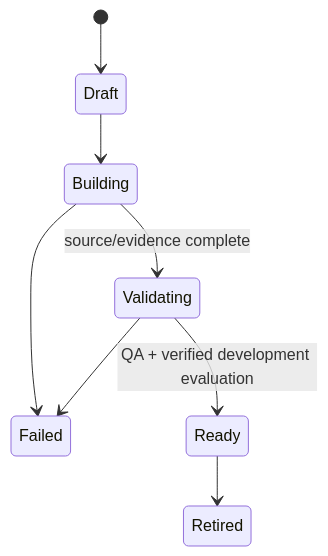
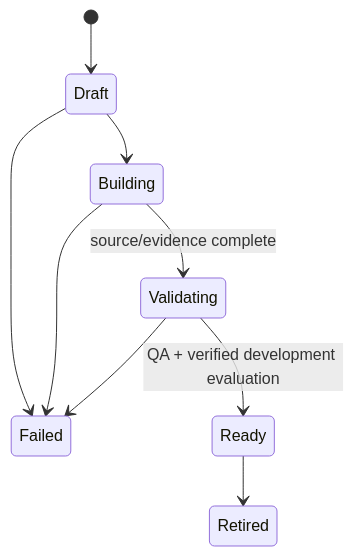
Before and after one commit to adeelyj/librechat-railway-config: the second of 2 diagrams in docs/bauer-rag-v3-architecture.md, drawn with Mermaid. The commit also changed 4 other files, not shown here.

````diff
--- a/docs/bauer-rag-v3-architecture.md
+++ b/docs/bauer-rag-v3-architecture.md
@@ -129,10 +129,11 @@
 ```mermaid
 stateDiagram-v2
     [*] --> Draft
     Draft --> Building
+    Draft --> Failed
     Building --> Validating: source/evidence complete
     Building --> Failed
     Validating --> Ready: QA + verified development evaluation
     Validating --> Failed
     Ready --> Retired
 ```
````
